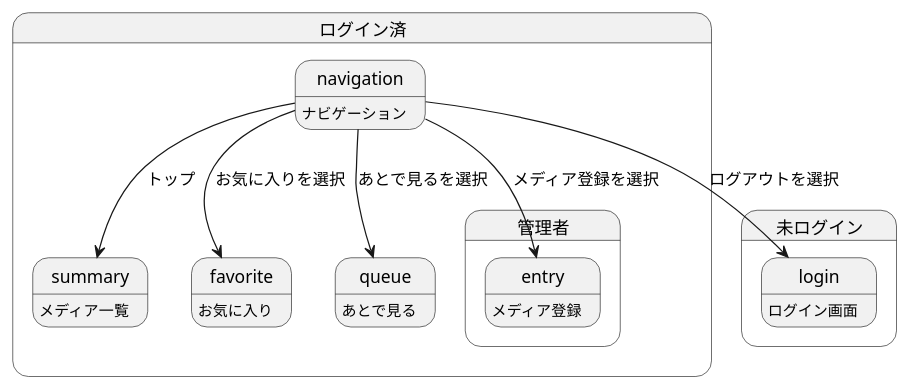
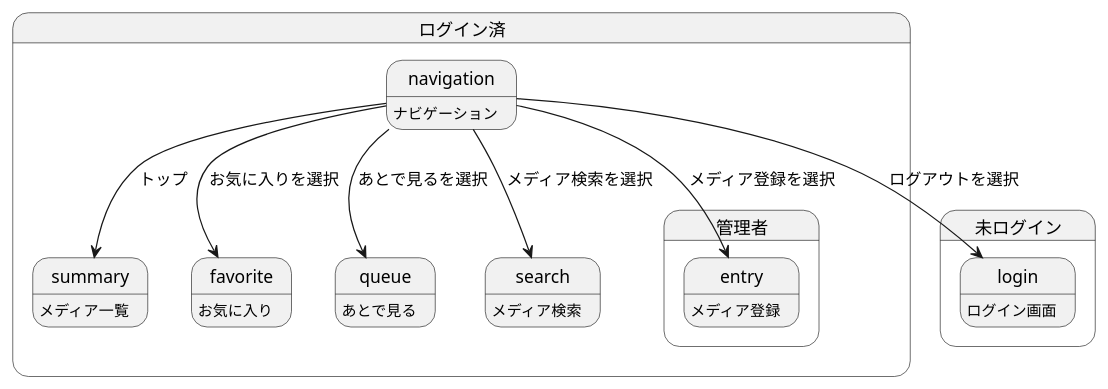
Before and after one commit to hachimitu22/MangaViewer: the diagram in doc/6_ui/flow/navigation.puml, drawn with PlantUML. The commit also changed 4 other files, not shown here.

```diff
--- a/doc/6_ui/flow/navigation.puml
+++ b/doc/6_ui/flow/navigation.puml
@@ -1,25 +1,27 @@
 @startuml
 
 state "未ログイン" as UnSignin {
     login : ログイン画面
 }
 
 state "ログイン済" as Signin {
     summary : メディア一覧
     favorite : お気に入り
     queue : あとで見る
+    search : メディア検索
     navigation : ナビゲーション
 
     state "管理者" as Admin {
         entry : メディア登録
     }
 }
 
 ' 共通
 Signin.navigation --> UnSignin.login : ログアウトを選択
 Signin.navigation --> Signin.summary : トップ
 Signin.navigation --> Signin.favorite : お気に入りを選択
 Signin.navigation --> Signin.queue : あとで見るを選択
+Signin.navigation --> Signin.search : メディア検索を選択
 Signin.navigation --> Signin.Admin.entry : メディア登録を選択
 
 @enduml
```
